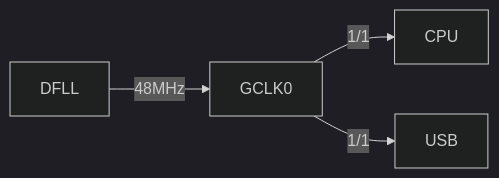
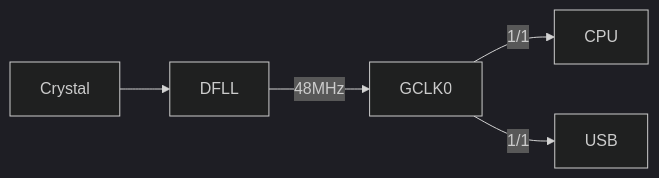
One commit to dojyorin/arduino_m0_tweak changed the first of 2 diagrams in README.md. Above: the diagram before and after it, drawn with Mermaid (dark theme). The commit also changed other lines of this file, not shown here.

````diff
--- a/README.md
+++ b/README.md
@@ -45,5 +45,5 @@
 ```mermaid
 flowchart LR
 
-DFLL --"48MHz"--> GCLK0 --"1/1"--> CPU & USB
+Crystal --> DFLL --"48MHz"--> GCLK0 --"1/1"--> CPU & USB
 ```
````
